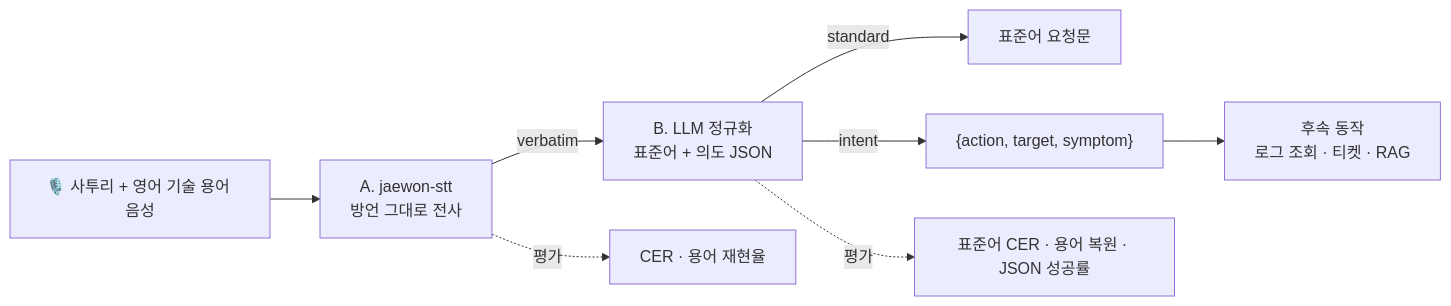
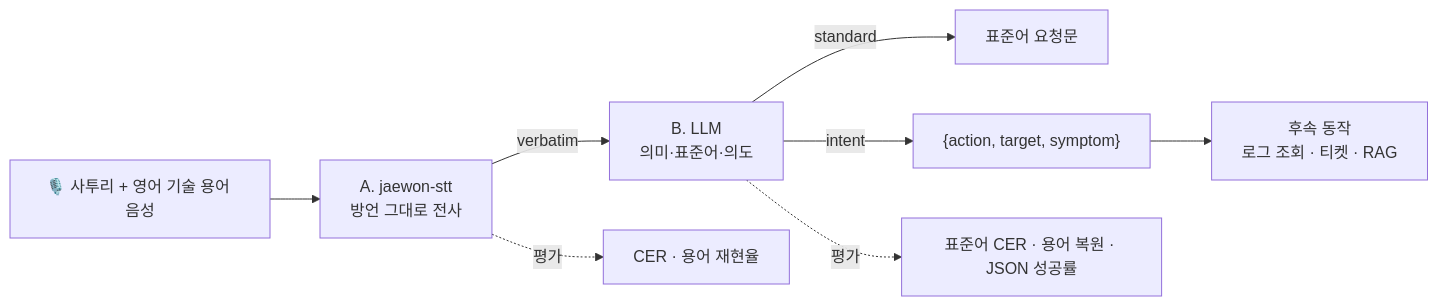
Before and after one commit to david365-lee/korean-dialect-stt: the second of 4 diagrams in README.md, drawn with Mermaid. The commit also changed other lines of this file and 5 other files, not shown here.

````diff
--- a/README.md
+++ b/README.md
@@ -183,10 +181,10 @@
 ```mermaid
 flowchart LR
     U["🎙️ 사투리 + 영어 기술 용어 음성"] --> A["A. jaewon-stt<br/>방언 그대로 전사"]
-    A -->|verbatim| B["B. LLM 정규화<br/>표준어 + 의도 JSON"]
+    A -->|verbatim| B["B. LLM<br/>의미·표준어·의도"]
     B -->|standard| S["표준어 요청문"]
     B -->|intent| I["{action, target, symptom}"]
     I --> X["후속 동작<br/>로그 조회 · 티켓 · RAG"]
     A -.평가.-> M1["CER · 용어 재현율"]
     B -.평가.-> M2["표준어 CER · 용어 복원 · JSON 성공률"]
 ```
````
